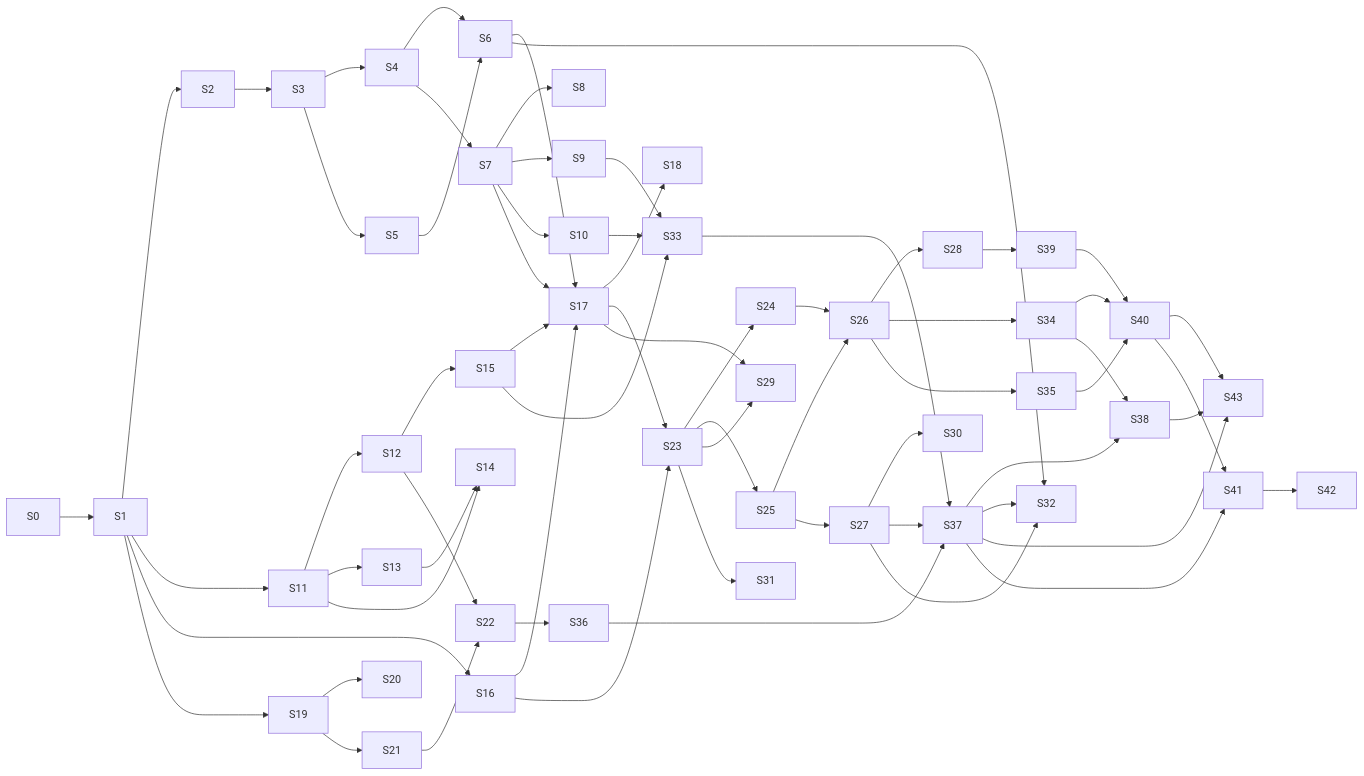
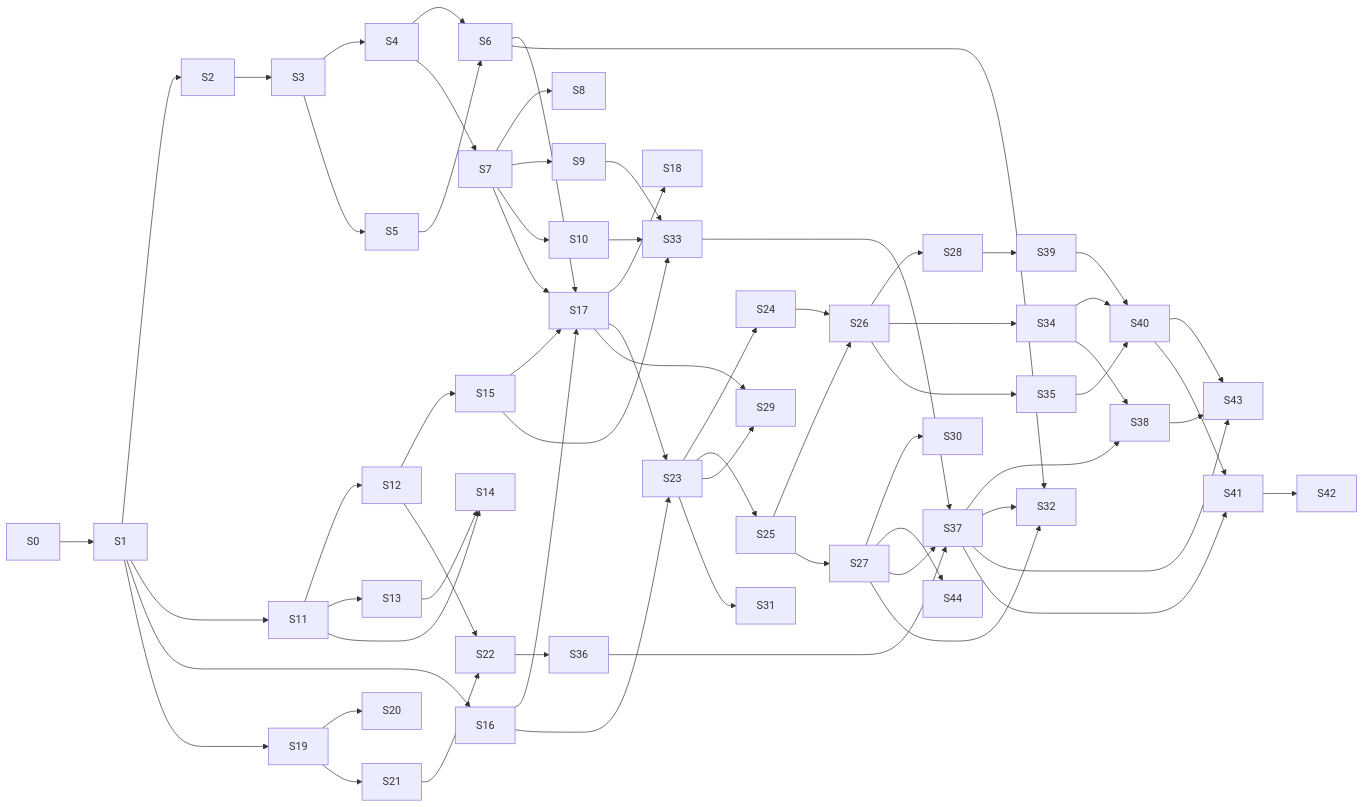
One commit to flakesystems/PrismDMX changed the diagram in IMPLEMENTATION_PLAN.md. Above: the diagram before and after it, drawn with Mermaid. The commit also changed other lines of this file and 49 other files, not shown here.

````diff
--- a/IMPLEMENTATION_PLAN.md
+++ b/IMPLEMENTATION_PLAN.md
@@ -779,30 +845,31 @@
 ```mermaid
 flowchart LR
     S0 --> S1 --> S2 --> S3 --> S4 --> S6
     S3 --> S5 --> S6
     S4 --> S7 --> S8
     S7 --> S9 & S10
     S1 --> S11 --> S12 & S13
     S11 --> S14
     S13 --> S14
     S12 --> S15
     S1 --> S16
     S6 & S7 & S15 & S16 --> S17 --> S18
     S1 --> S19 --> S20
     S19 --> S21
     S12 & S21 --> S22
     S16 & S17 --> S23 --> S24 & S25
     S24 & S25 --> S26 --> S28 & S34 & S35
     S25 --> S27 --> S30
+    S27 --> S44
     S17 & S23 --> S29
     S23 --> S31
     S28 --> S39
     S39 & S34 & S35 --> S40
     S9 & S10 & S15 --> S33
     S22 --> S36
     S33 & S36 & S27 --> S37 --> S38
     S34 --> S38
     S6 & S27 & S37 --> S32
     S37 & S40 & S38 --> S43
     S37 & S40 --> S41 --> S42
 ```
````
